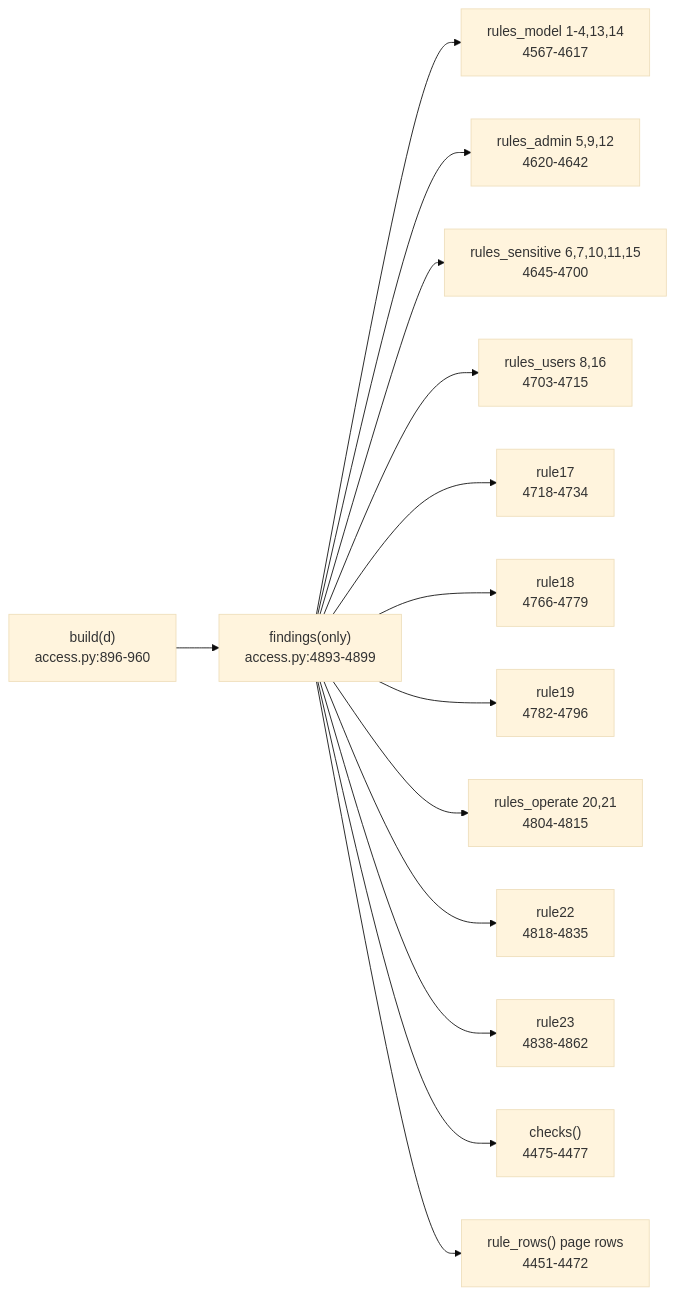
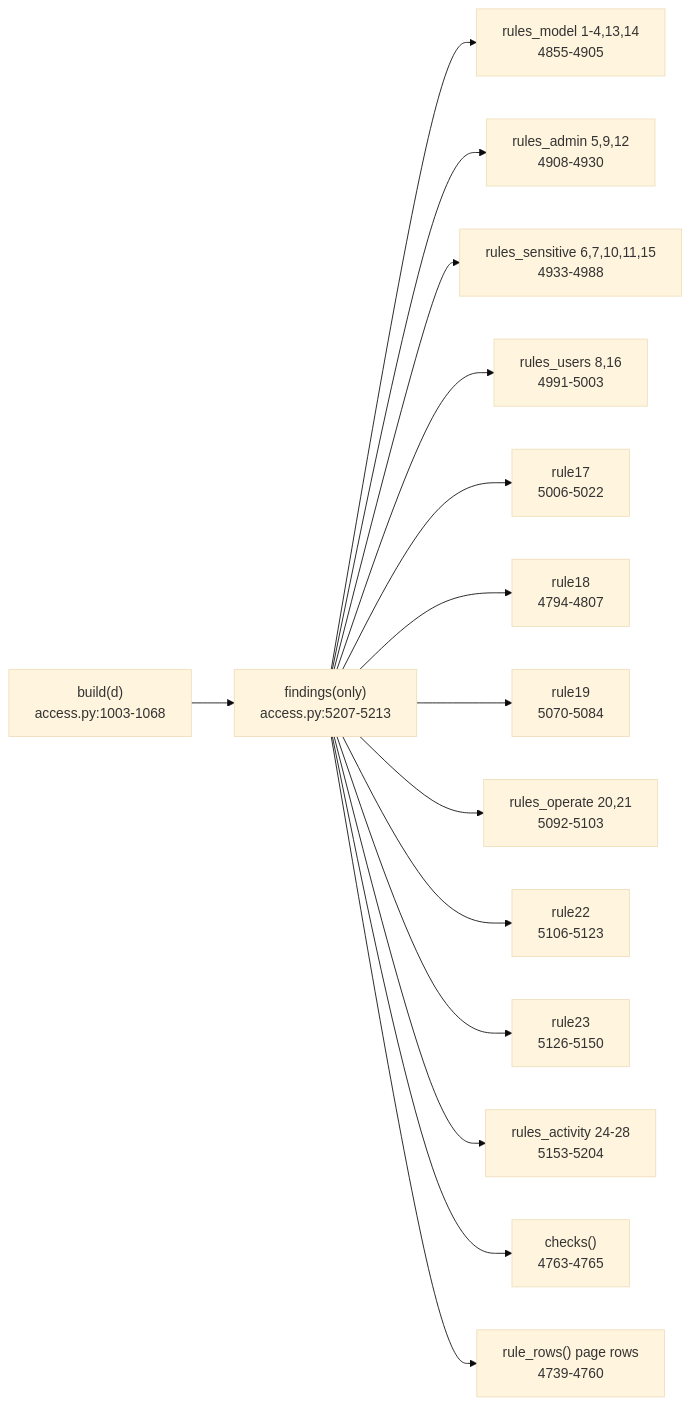
The diagram in snowflake-access-explorer-knowledge-graph/logic/rules.md (darshanmeel/snowflake-access-explorer), drawn with Mermaid (base theme) before and after one commit. The commit also changed other lines of this file and 106 other files, not shown here.

First line of the commit message:
Docs and knowledge graph for Activity; setup verify expects 11 tables

````diff
--- a/snowflake-access-explorer-knowledge-graph/logic/rules.md
+++ b/snowflake-access-explorer-knowledge-graph/logic/rules.md
@@ -5,16 +6,17 @@
 ```mermaid
 flowchart LR
-  B["build(d)<br/>access.py:896-960"] --> F["findings(only)<br/>access.py:4893-4899"]
-  F --> M["rules_model 1-4,13,14<br/>4567-4617"]
-  F --> A["rules_admin 5,9,12<br/>4620-4642"]
-  F --> S["rules_sensitive 6,7,10,11,15<br/>4645-4700"]
-  F --> U["rules_users 8,16<br/>4703-4715"]
-  F --> R17["rule17<br/>4718-4734"]
-  F --> R18["rule18<br/>4766-4779"]
-  F --> R19["rule19<br/>4782-4796"]
-  F --> O["rules_operate 20,21<br/>4804-4815"]
-  F --> R22["rule22<br/>4818-4835"]
-  F --> R23["rule23<br/>4838-4862"]
-  F --> C["checks()<br/>4475-4477"]
-  F --> RR["rule_rows() page rows<br/>4451-4472"]
+  B["build(d)<br/>access.py:1003-1068"] --> F["findings(only)<br/>access.py:5207-5213"]
+  F --> M["rules_model 1-4,13,14<br/>4855-4905"]
+  F --> A["rules_admin 5,9,12<br/>4908-4930"]
+  F --> S["rules_sensitive 6,7,10,11,15<br/>4933-4988"]
+  F --> U["rules_users 8,16<br/>4991-5003"]
+  F --> R17["rule17<br/>5006-5022"]
+  F --> R18["rule18<br/>4794-4807"]
+  F --> R19["rule19<br/>5070-5084"]
+  F --> O["rules_operate 20,21<br/>5092-5103"]
+  F --> R22["rule22<br/>5106-5123"]
+  F --> R23["rule23<br/>5126-5150"]
+  F --> RA["rules_activity 24-28<br/>5153-5204"]
+  F --> C["checks()<br/>4763-4765"]
+  F --> RR["rule_rows() page rows<br/>4739-4760"]
 ```
````
